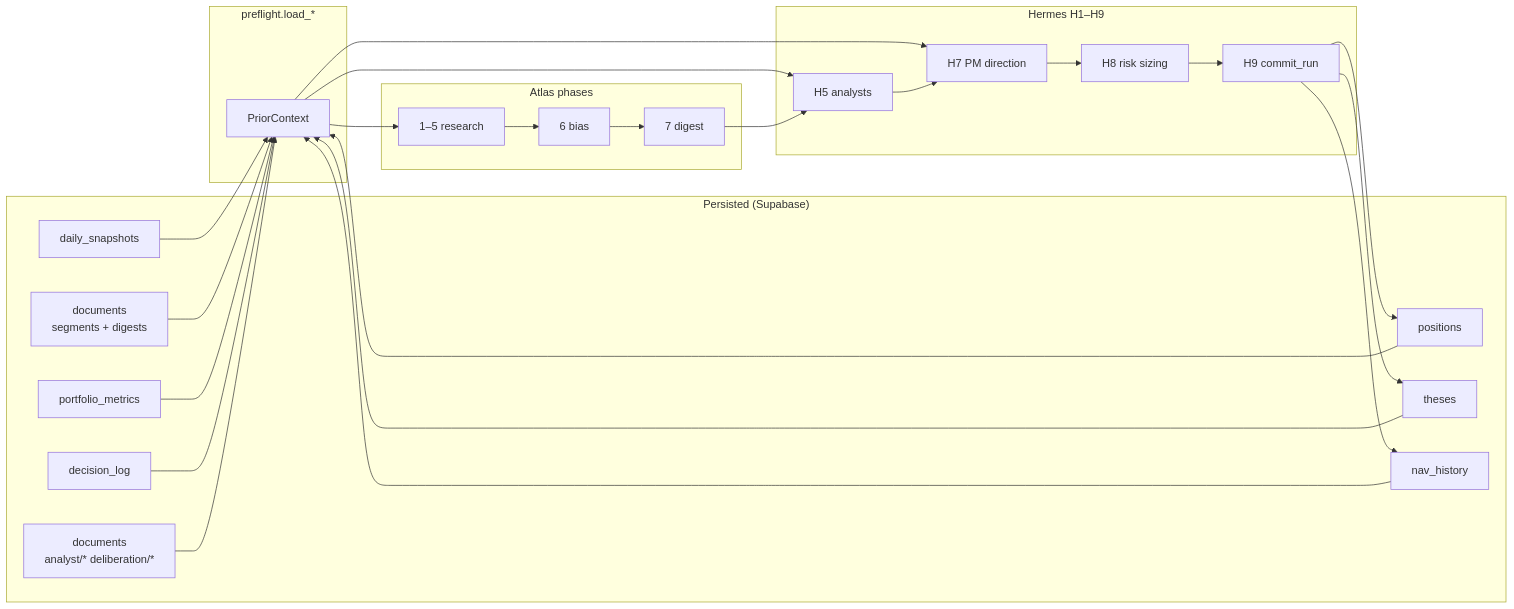
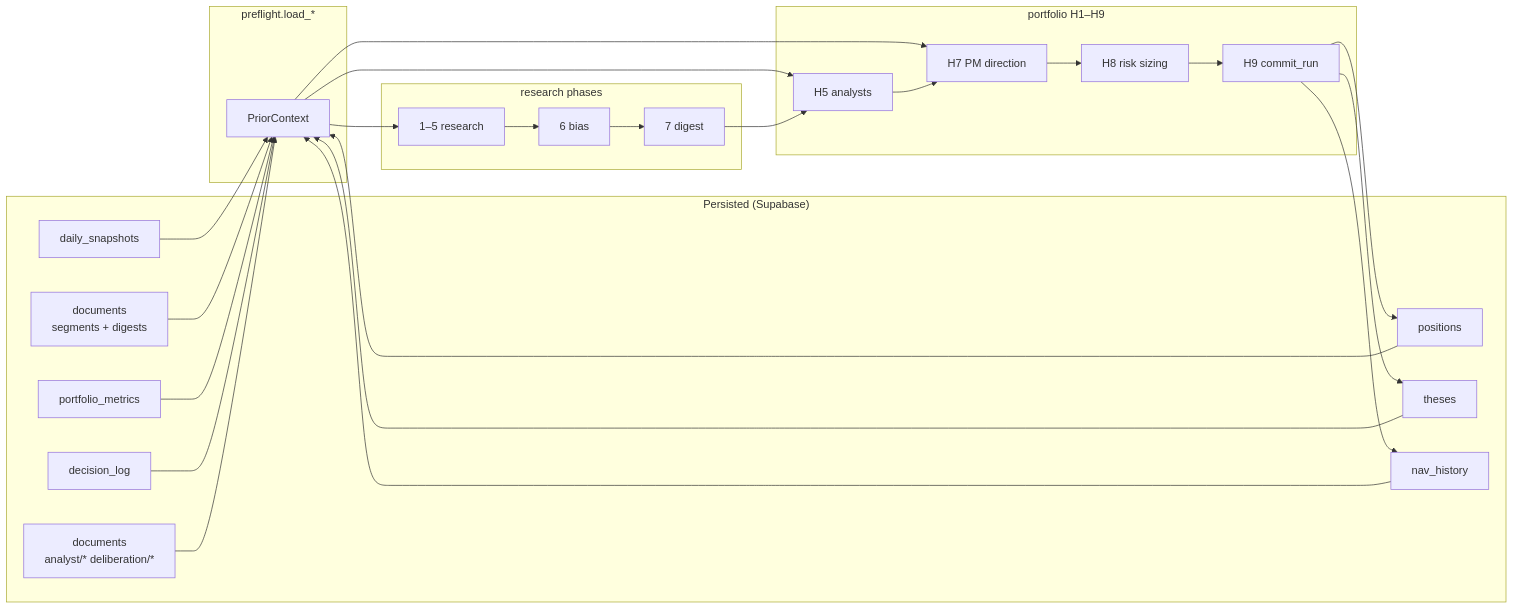
Before and after one commit to digithings-ai/digithings: the third of 3 diagrams in digiquant/ARCHITECTURE.md, drawn with Mermaid. The commit also changed other lines of this file and 4518 other files, not shown here.

````diff
--- a/digiquant/ARCHITECTURE.md
+++ b/digiquant/ARCHITECTURE.md
@@ -858,47 +2013,47 @@
 ```mermaid
 flowchart LR
   subgraph persist["Persisted (Supabase)"]
     DS["daily_snapshots"]
     DOC["documents<br/>segments + digests"]
     POS["positions"]
     TH["theses"]
     NAV["nav_history"]
     PMET["portfolio_metrics"]
     DL["decision_log"]
     ADOC["documents<br/>analyst/* deliberation/*"]
   end
 
   subgraph preflight["preflight.load_*"]
     PC["PriorContext"]
   end
 
-  subgraph atlas["Atlas phases"]
+  subgraph research["research phases"]
     A1["1–5 research"]
     A6["6 bias"]
     A7["7 digest"]
   end
 
-  subgraph hermes["Hermes H1–H9"]
+  subgraph portfolio["portfolio H1–H9"]
     H5["H5 analysts"]
     H7["H7 PM direction"]
     H8["H8 risk sizing"]
     H9["H9 commit_run"]
   end
 
   DS --> PC
   DOC --> PC
   POS --> PC
   TH --> PC
   NAV --> PC
   PMET --> PC
   DL --> PC
   ADOC --> PC
 
   PC --> A1
   PC --> H5
   PC --> H7
   A1 --> A6 --> A7 --> H5 --> H7 --> H8 --> H9
   H9 --> POS
   H9 --> TH
   H9 --> NAV
 ```
````
